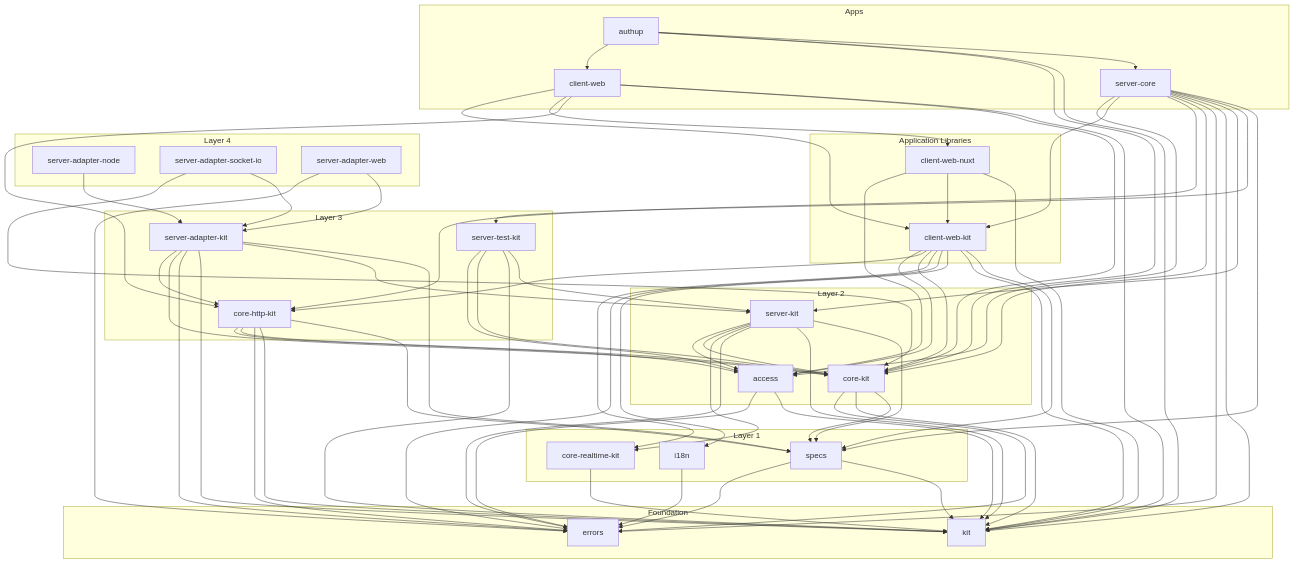
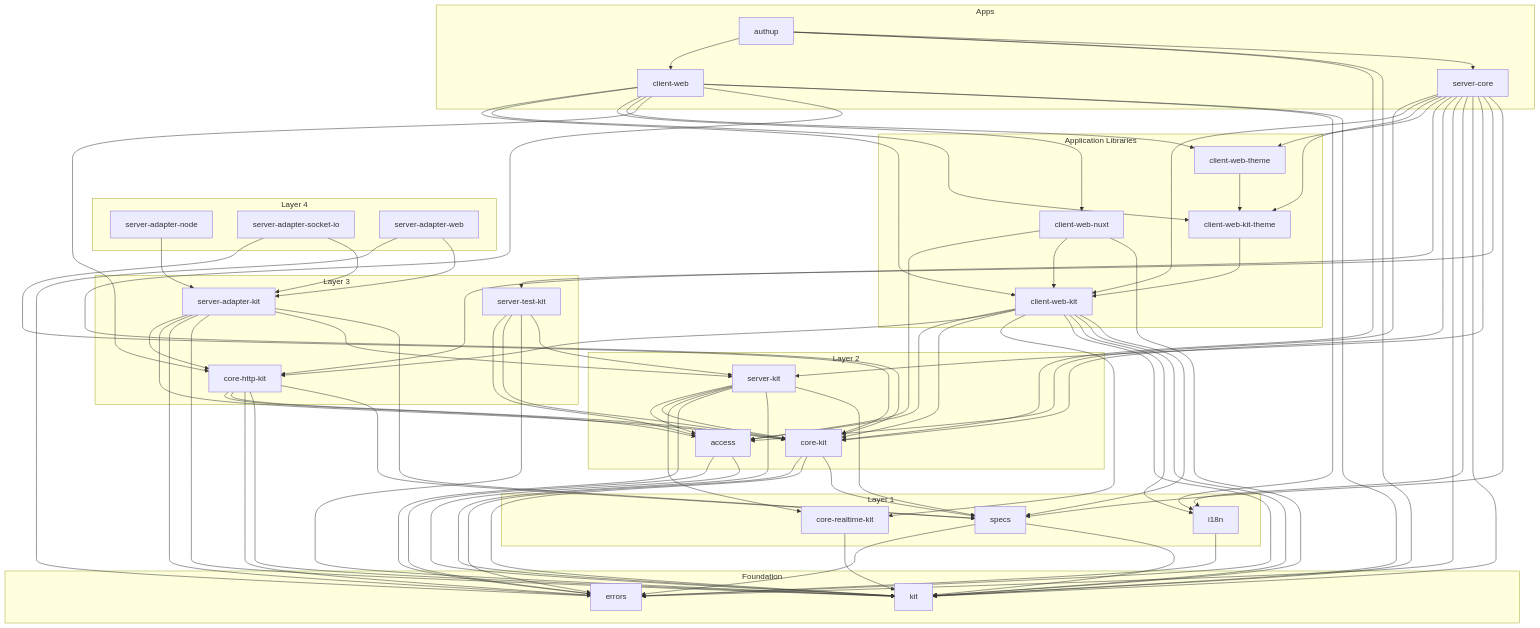
Before and after one commit to authup/authup: the diagram in DEPENDENCY_GRAPH.md, drawn with Mermaid. The commit also changed 50 other files, not shown here.

```diff
--- a/DEPENDENCY_GRAPH.md
+++ b/DEPENDENCY_GRAPH.md
@@ -35,7 +35,9 @@
 
     subgraph Application Libraries
         client-web-kit
+        client-web-kit-theme
         client-web-nuxt
+        client-web-theme
     end
 
     subgraph Apps
@@ -98,24 +100,32 @@
     client-web-kit --> i18n
     client-web-kit --> kit
     client-web-kit --> specs
+    client-web-kit-theme --> client-web-kit
     client-web-nuxt --> access
     client-web-nuxt --> client-web-kit
     client-web-nuxt --> kit
+    client-web-theme --> client-web-kit-theme
 
     %% Apps
     server-core --> access
     server-core --> client-web-kit
+    server-core --> client-web-kit-theme
+    server-core --> client-web-theme
     server-core --> core-http-kit
     server-core --> core-kit
     server-core --> errors
+    server-core --> i18n
     server-core --> kit
     server-core --> server-kit
     server-core --> server-test-kit
     server-core --> specs
     client-web --> client-web-kit
+    client-web --> client-web-kit-theme
     client-web --> client-web-nuxt
+    client-web --> client-web-theme
     client-web --> core-http-kit
     client-web --> core-kit
+    client-web --> i18n
     client-web --> kit
     authup --> client-web
     authup --> core-kit
```
